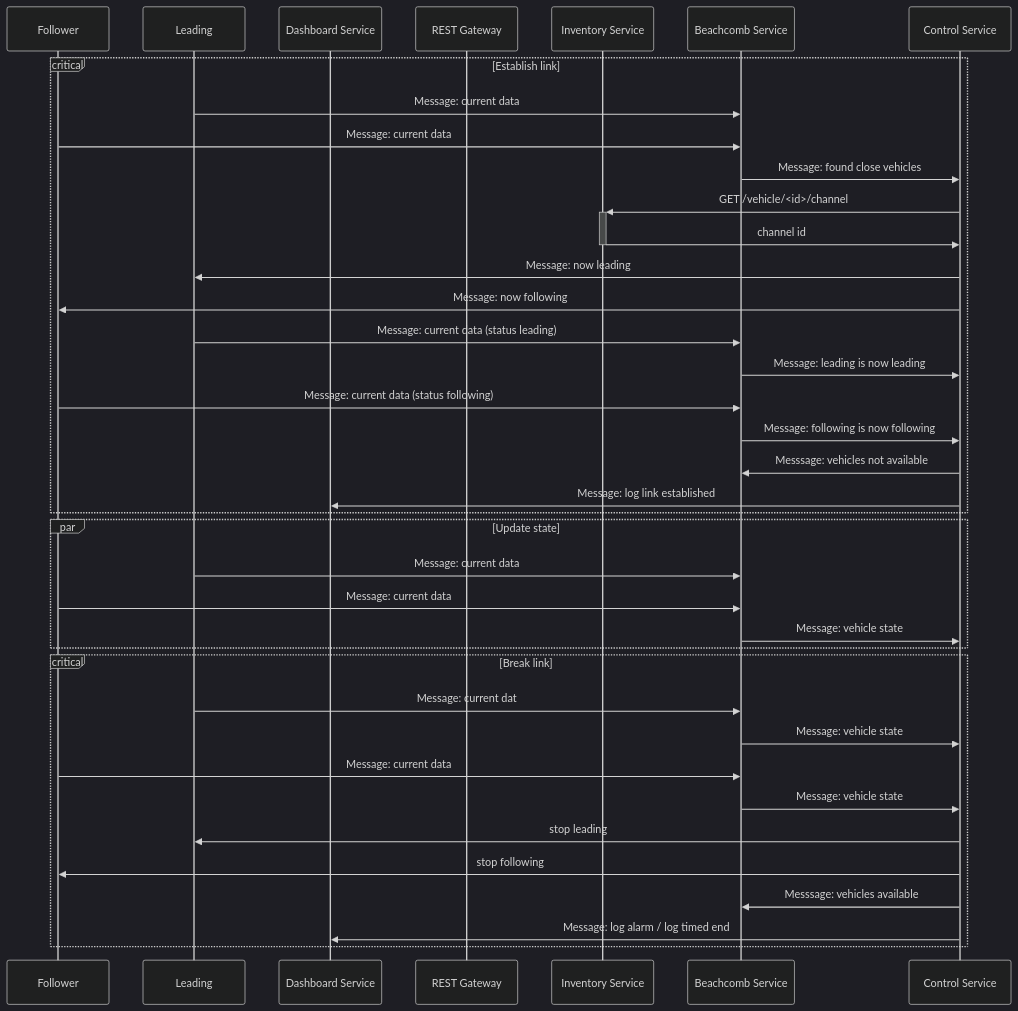
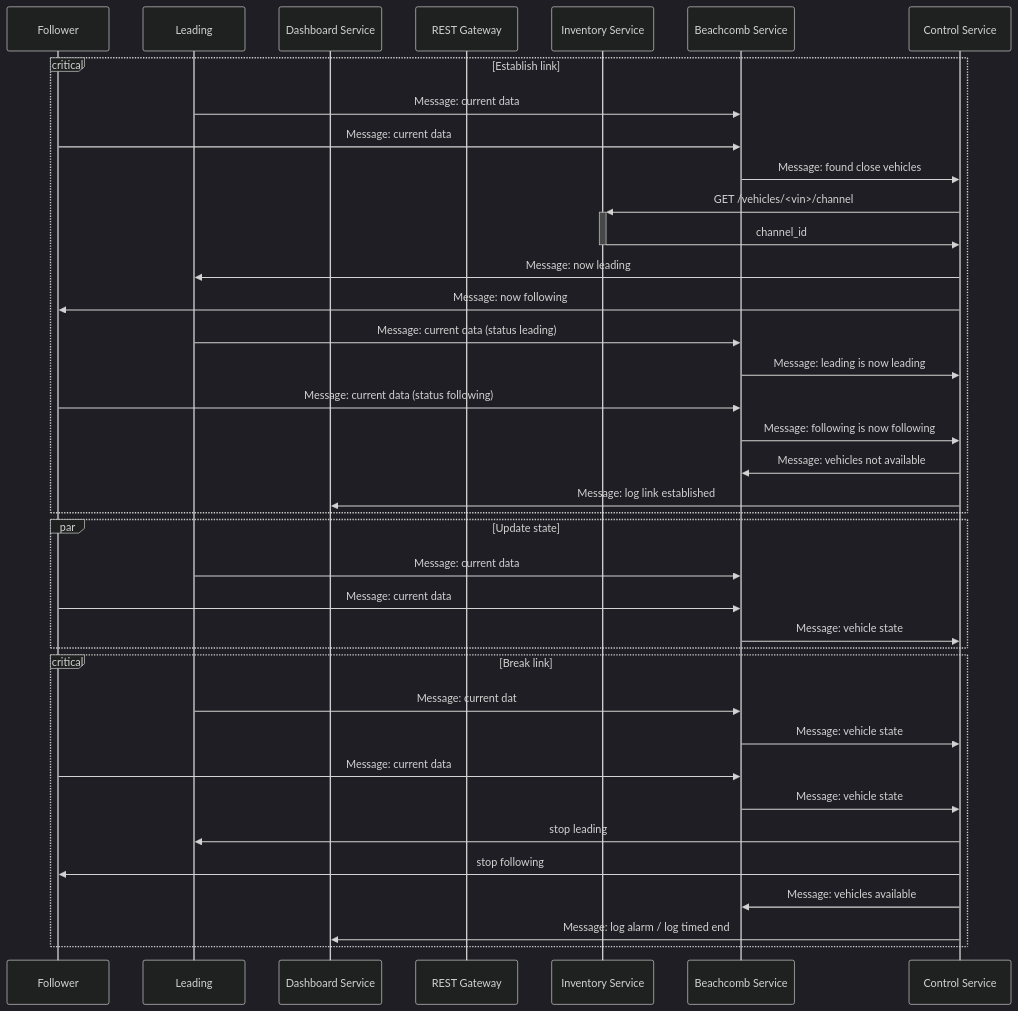
Before and after one commit to Maustrian3/DSE24: the first of 4 diagrams in README.md, drawn with Mermaid (dark theme). The commit also changed other lines of this file and 8 other files, not shown here.

Commit message:
Inventory: Add vehicle create route

````diff
--- a/README.md
+++ b/README.md
@@ -10,47 +10,47 @@
 ```mermaid
 sequenceDiagram
   participant Follower
   participant Leading
   participant Dashboard as Dashboard Service
   participant REST as REST Gateway
   participant Inventory as Inventory Service
   participant Beachcomb as Beachcomb Service
   participant Control as Control Service
   critical Establish link
     Leading ->> Beachcomb: Message: current data
     Follower ->> Beachcomb: Message: current data
     Beachcomb ->> Control: Message: found close vehicles
 
-    Control ->>+ Inventory: GET /vehicle/<id>/channel
-    Inventory ->>- Control: channel id
+    Control ->>+ Inventory: GET /vehicles/<vin>/channel
+    Inventory ->>- Control: channel_id
     
     Control ->> Leading: Message: now leading
     Control ->> Follower: Message: now following
     
     Leading ->> Beachcomb: Message: current data (status leading)
     Beachcomb ->> Control: Message: leading is now leading
     Follower ->> Beachcomb: Message: current data (status following)
     Beachcomb ->> Control: Message: following is now following
 
-    Control ->> Beachcomb: Messsage: vehicles not available
+    Control ->> Beachcomb: Message: vehicles not available
     Control ->> Dashboard: Message: log link established
   end
   par Update state
     Leading ->> Beachcomb: Message: current data
     Follower ->> Beachcomb: Message: current data
     Beachcomb ->> Control: Message: vehicle state 
   end
   critical Break link
     Leading ->> Beachcomb: Message: current dat
     Beachcomb ->> Control: Message: vehicle state
 
     Follower ->> Beachcomb: Message: current data
     Beachcomb ->> Control: Message: vehicle state
  
     Control ->> Leading: stop leading
     Control ->> Follower: stop following
 
-    Control ->> Beachcomb: Messsage: vehicles available
+    Control ->> Beachcomb: Message: vehicles available
     Control ->> Dashboard: Message: log alarm / log timed end
   end
 ```
````
